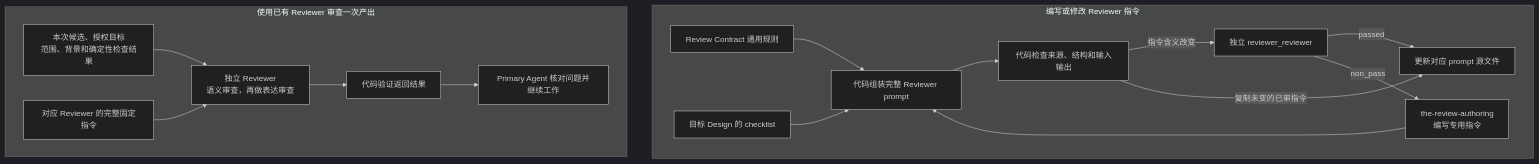
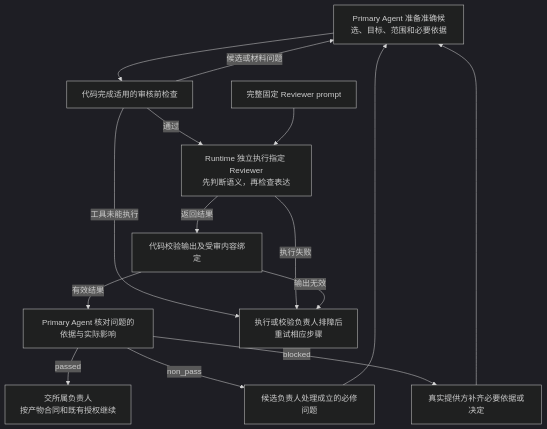
Before and after one commit to bobaoai/ai_project_management_framework: the first of 2 diagrams in designDoc/the_review_contract.md, drawn with Mermaid (dark theme). The commit also changed other lines of this file and 103 other files, not shown here.

````diff
--- a/designDoc/the_review_contract.md
+++ b/designDoc/the_review_contract.md
@@ -31,19 +23,17 @@
 ```mermaid
 flowchart TD
-    subgraph AUTHOR["编写或修改 Reviewer 指令"]
-        U["Review Contract 通用规则"] --> P["代码组装完整 Reviewer prompt"]
-        T["目标 Design 的 checklist"] --> P
-        A["the-review-authoring<br/>编写专用指令"] --> P
-        P --> C["代码检查来源、结构和输入输出"]
-        C -->|指令含义改变| M["独立 reviewer_reviewer"]
-        M -->|passed| R["更新对应 prompt 源文件"]
-        C -->|复制未变的已审指令| R
-        M -->|non_pass| A
-    end
-    subgraph USE["使用已有 Reviewer 审查一次产出"]
-        S["本次候选、授权目标<br/>范围、背景和确定性检查结果"] --> X["独立 Reviewer<br/>语义审查，再做表达审查"]
-        E["对应 Reviewer 的完整固定指令"] --> X
-        X --> V["代码验证返回结果"]
-        V --> O["Primary Agent 核对问题并继续工作"]
-    end
+    A["Primary Agent 准备准确候选、目标、范围和必要依据"] --> C["代码完成适用的审核前检查"]
+    C -->|通过| R["Runtime 独立执行指定 Reviewer<br/>先判断语义，再检查表达"]
+    P["完整固定 Reviewer prompt"] --> R
+    R -->|返回结果| V["代码校验输出及受审内容绑定"]
+    V -->|有效结果| H["Primary Agent 核对问题的依据与实际影响"]
+    H -->|passed| U["交所属负责人<br/>按产物合同和既有授权继续"]
+    H -->|non_pass| W["候选负责人处理成立的必修问题"]
+    W --> A
+    H -->|blocked| B["真实提供方补齐必要依据或决定"]
+    B --> A
+    C -->|候选或材料问题| A
+    C -->|工具未能执行| X["执行或校验负责人排障后<br/>重试相应步骤"]
+    R -->|执行失败| X
+    V -->|输出无效| X
 ```
````
